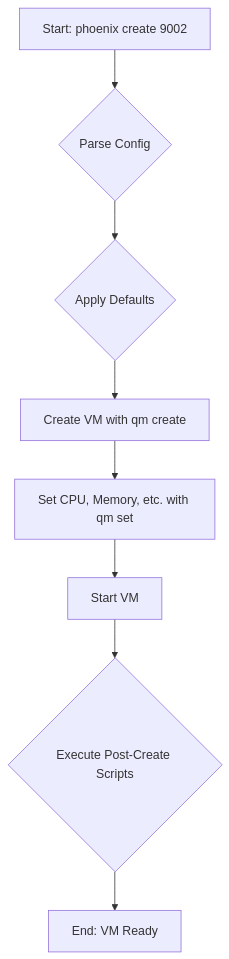
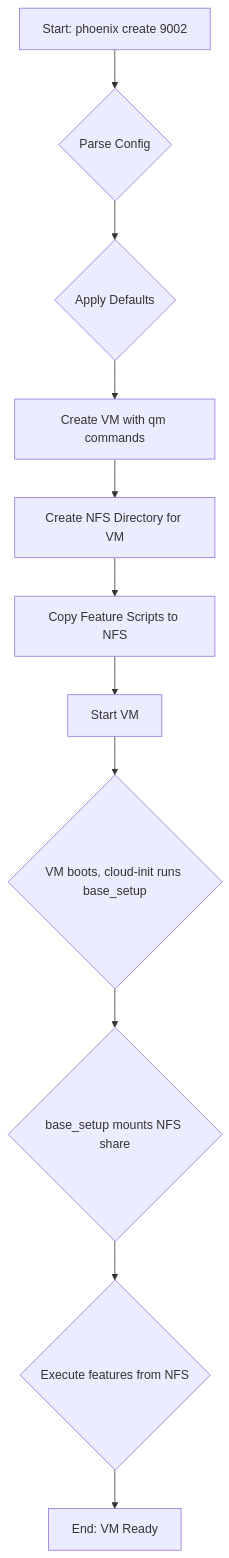
The diagram in Thinkheads.AI_docs/01_product_and_project_strategy/01_project_business_cases/12_thinkheads_ai_vm_creation_design.md (SirHeads/Testing-ideas), drawn with Mermaid before and after one commit. The commit also changed other lines of this file and 13 other files, not shown here.

````diff
--- a/Thinkheads.AI_docs/01_product_and_project_strategy/01_project_business_cases/12_thinkheads_ai_vm_creation_design.md
+++ b/Thinkheads.AI_docs/01_product_and_project_strategy/01_project_business_cases/12_thinkheads_ai_vm_creation_design.md
@@ -82,10 +94,13 @@
 ```mermaid
 graph TD
     A[Start: phoenix create 9002] --> B{Parse Config};
     B --> C{Apply Defaults};
-    C --> D[Create VM with qm create];
-    D --> E[Set CPU, Memory, etc. with qm set];
-    E --> F[Start VM];
-    F --> G{Execute Post-Create Scripts};
-    G --> H[End: VM Ready];
+    C --> D[Create VM with qm commands];
+    D --> E[Create NFS Directory for VM];
+    E --> F[Copy Feature Scripts to NFS];
+    F --> G[Start VM];
+    G --> H{VM boots, cloud-init runs base_setup};
+    H --> I{base_setup mounts NFS share};
+    I --> J{Execute features from NFS};
+    J --> K[End: VM Ready];
 ```
````
